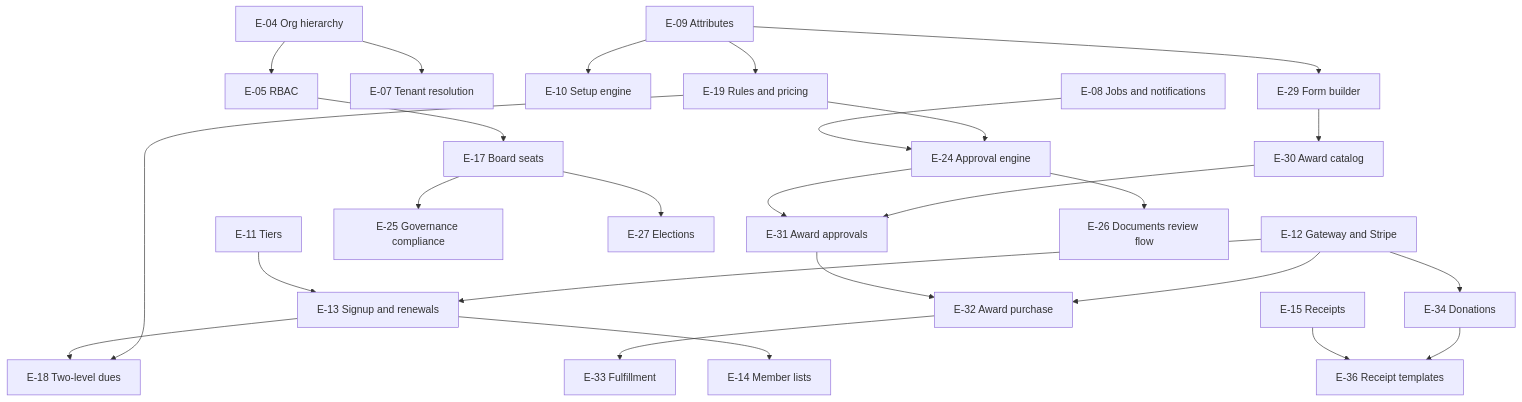
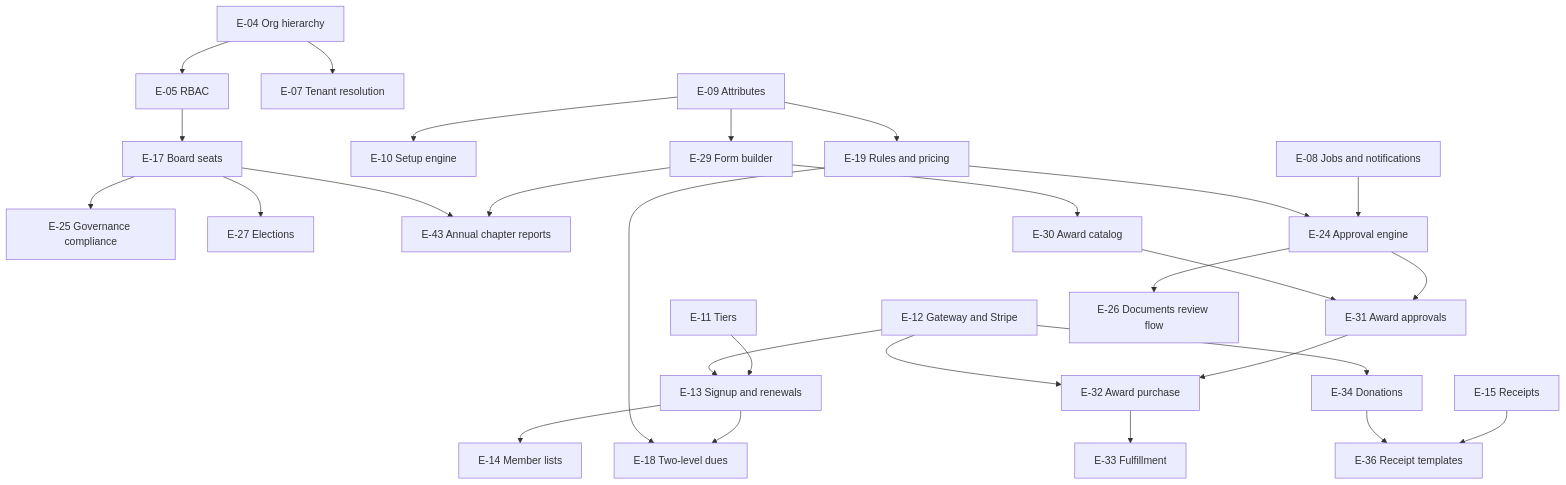
One commit to Nox-Mob/OpenCharterApp changed the second of 2 diagrams in docs/epic.md. Above: the diagram before and after it, drawn with Mermaid. The commit also changed other lines of this file and 7 other files, not shown here.

First line of the commit message:
docs: v0.1.0 release status and PR draft; E-43 annual chapter reports (D-204)

````diff
--- a/docs/epic.md
+++ b/docs/epic.md
@@ -130,28 +131,30 @@
 ```mermaid
 flowchart TD
     E04[E-04 Org hierarchy] --> E05[E-05 RBAC]
     E04 --> E07[E-07 Tenant resolution]
     E05 --> E17[E-17 Board seats]
     E09[E-09 Attributes] --> E10[E-10 Setup engine]
     E09 --> E19[E-19 Rules and pricing]
     E09 --> E29[E-29 Form builder]
     E11[E-11 Tiers] --> E13[E-13 Signup and renewals]
     E12[E-12 Gateway and Stripe] --> E13
     E13 --> E14[E-14 Member lists]
     E13 --> E18[E-18 Two-level dues]
     E19 --> E18
     E17 --> E25[E-25 Governance compliance]
     E17 --> E27[E-27 Elections]
+    E29 --> E43[E-43 Annual chapter reports]
+    E17 --> E43
     E08[E-08 Jobs and notifications] --> E24[E-24 Approval engine]
     E19 --> E24
     E24 --> E31[E-31 Award approvals]
     E24 --> E26[E-26 Documents review flow]
     E29 --> E30[E-30 Award catalog]
     E30 --> E31
     E31 --> E32[E-32 Award purchase]
     E12 --> E32
     E32 --> E33[E-33 Fulfillment]
     E12 --> E34[E-34 Donations]
     E15[E-15 Receipts] --> E36[E-36 Receipt templates]
     E34 --> E36
 ```
````
